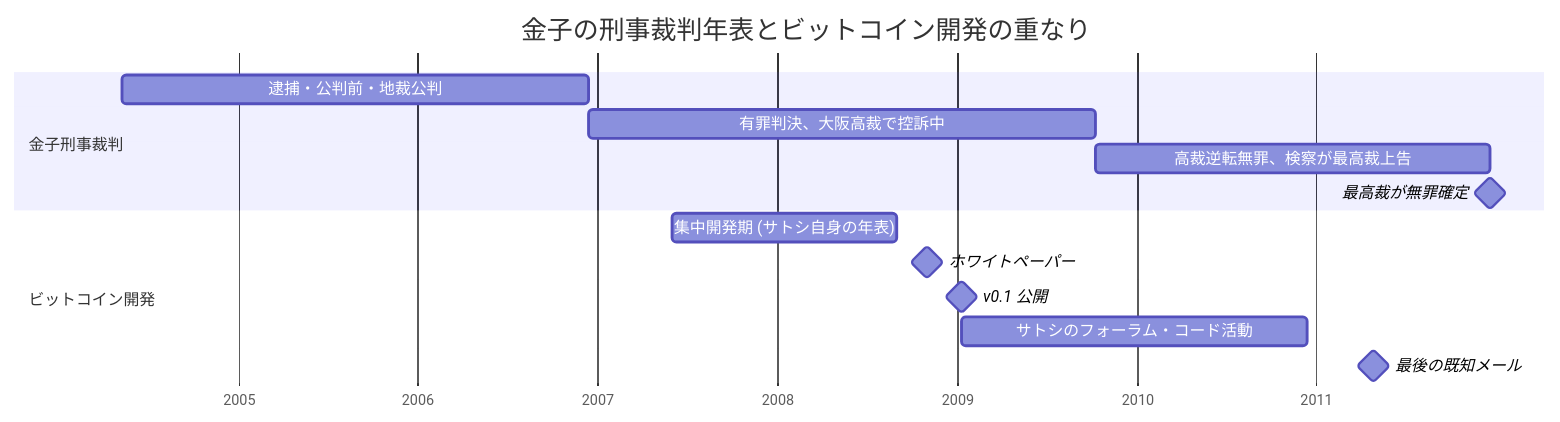
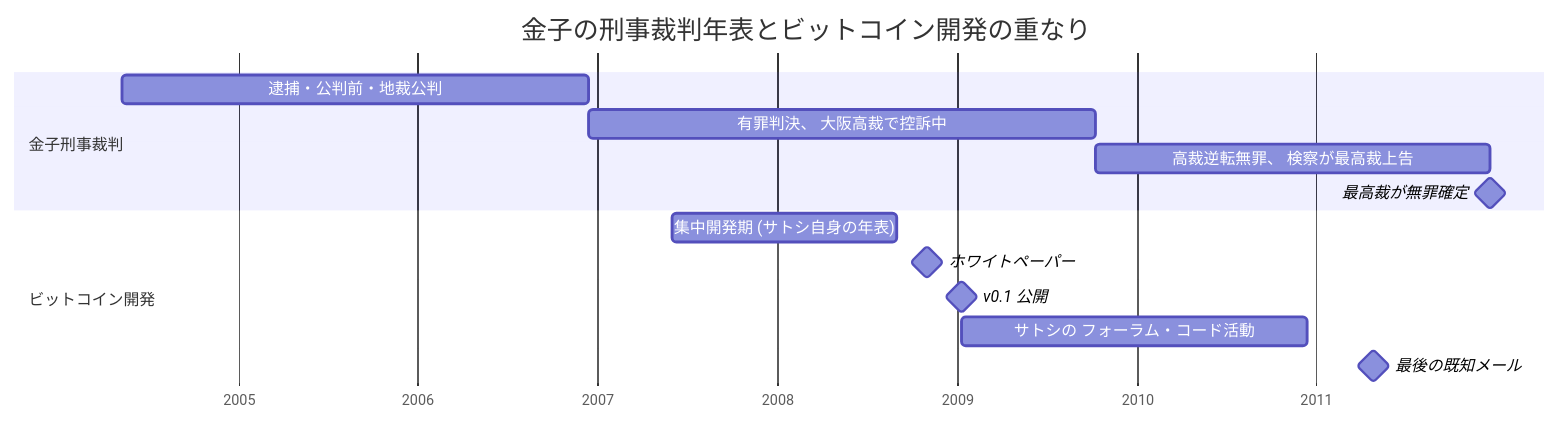
The diagram in src/data/translations/ja/analysis/2013-07-06-kaneko-isamu-satoshi-identity-hypothesis.md (cypher256/BitcoinArchive), drawn with Mermaid before and after one commit. The commit also changed other lines of this file and 29 other files, not shown here.

````diff
--- a/src/data/translations/ja/analysis/2013-07-06-kaneko-isamu-satoshi-identity-hypothesis.md
+++ b/src/data/translations/ja/analysis/2013-07-06-kaneko-isamu-satoshi-identity-hypothesis.md
@@ -100,17 +100,17 @@
 ```mermaid
 gantt
     title 金子の刑事裁判年表とビットコイン開発の重なり
     dateFormat YYYY-MM-DD
     axisFormat %Y
     section 金子刑事裁判
         逮捕・公判前・地裁公判          :k1, 2004-05-10, 2006-12-13
-        有罪判決、大阪高裁で控訴中      :k2, 2006-12-13, 2009-10-08
-        高裁逆転無罪、検察が最高裁上告  :k3, 2009-10-08, 2011-12-19
+        有罪判決、 大阪高裁で控訴中      :k2, 2006-12-13, 2009-10-08
+        高裁逆転無罪、 検察が最高裁上告  :k3, 2009-10-08, 2011-12-19
         最高裁が無罪確定                :milestone, 2011-12-20, 0d
     section ビットコイン開発
         集中開発期 (サトシ自身の年表)   :b0, 2007-06-01, 2008-09-01
         ホワイトペーパー                :milestone, 2008-10-31, 0d
         v0.1 公開                       :milestone, 2009-01-09, 0d
-        サトシのフォーラム・コード活動  :b1, 2009-01-09, 2010-12-12
+        サトシの フォーラム・コード活動  :b1, 2009-01-09, 2010-12-12
         最後の既知メール                :milestone, 2011-04-26, 0d
 ```
````
